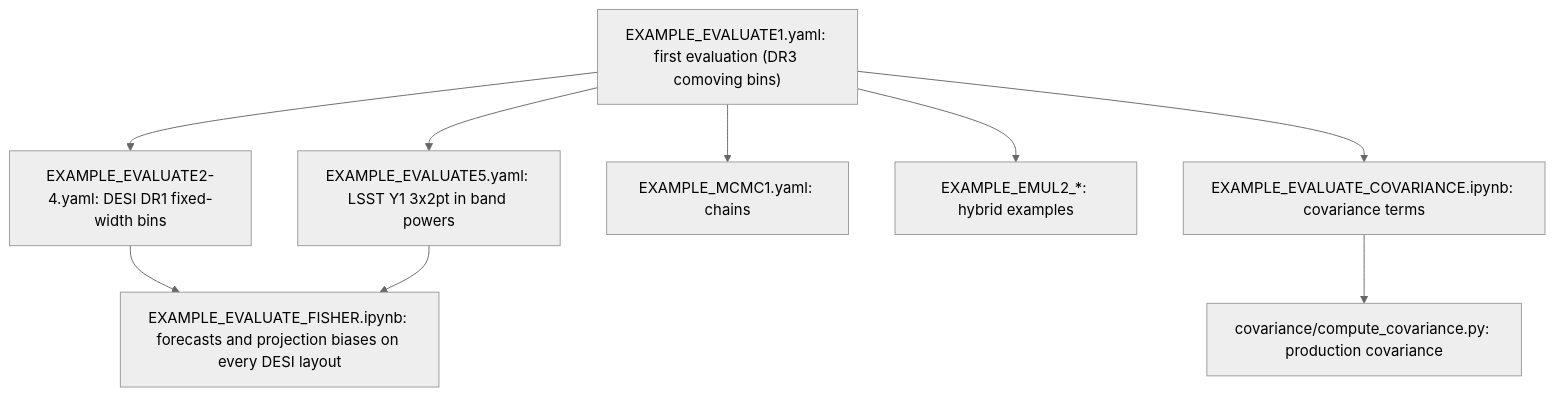
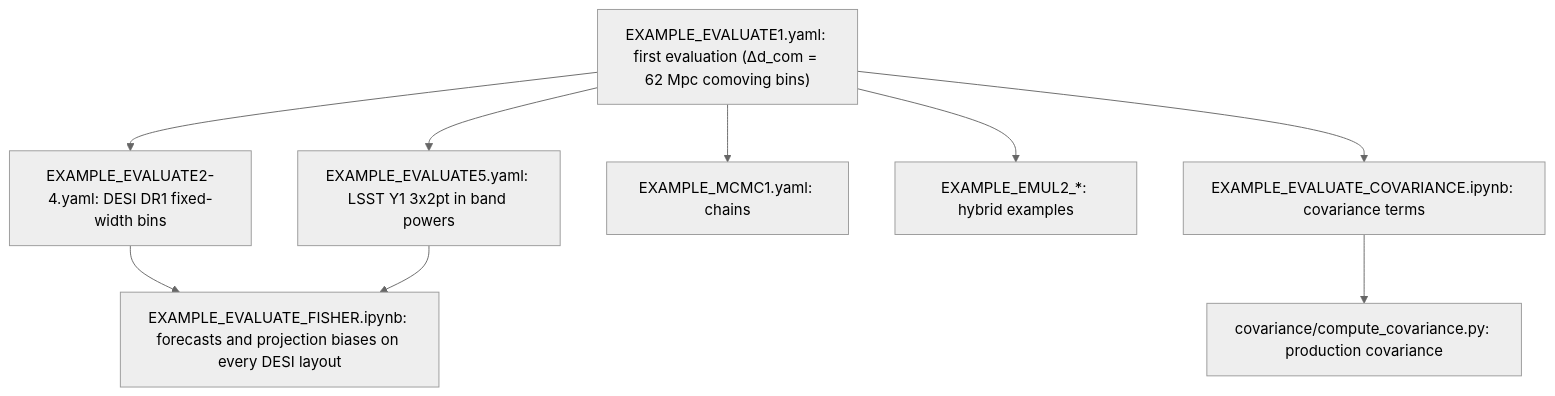
Before and after one commit to SBU-COSMOLIKE/lssty1xdesi: the diagram in README.md, drawn with Mermaid (neutral theme). The commit also changed other lines of this file and 2 other files, not shown here.

First line of the commit message:
Name the 76-bin comoving layout by its width in the docs

````diff
--- a/README.md
+++ b/README.md
@@ -58,11 +63,11 @@
 ```mermaid
 flowchart TB
-  A["EXAMPLE_EVALUATE1.yaml: first evaluation (DR3 comoving bins)"] --> B["EXAMPLE_EVALUATE2-4.yaml: DESI DR1 fixed-width bins"]
+  A["EXAMPLE_EVALUATE1.yaml: first evaluation (Δd_com = 62 Mpc comoving bins)"] --> B["EXAMPLE_EVALUATE2-4.yaml: DESI DR1 fixed-width bins"]
   A --> C["EXAMPLE_EVALUATE5.yaml: LSST Y1 3x2pt in band powers"]
   A --> D["EXAMPLE_MCMC1.yaml: chains"]
   A --> E["EXAMPLE_EMUL2_*: hybrid examples"]
   A --> F["EXAMPLE_EVALUATE_COVARIANCE.ipynb: covariance terms"]
   F --> G["covariance/compute_covariance.py: production covariance"]
   B --> H["EXAMPLE_EVALUATE_FISHER.ipynb: forecasts and projection biases on every DESI layout"]
   C --> H
 ```
````
